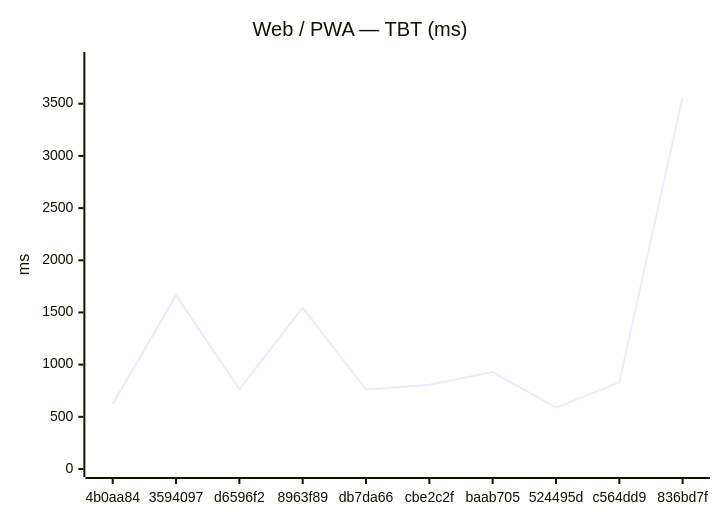
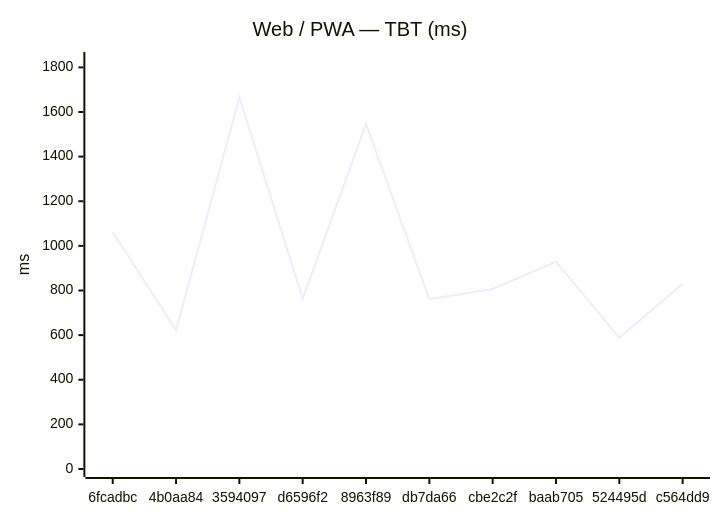
The second of 12 diagrams in benchmarks/compare.md (Metaheurist/Rianell), drawn with Mermaid before and after one commit. The commit also changed other lines of this file and 8 other files, not shown here.

````diff
--- a/benchmarks/compare.md
+++ b/benchmarks/compare.md
@@ -31,7 +31,7 @@
 ```mermaid
 xychart-beta
     title "Web / PWA — TBT (ms)"
-    x-axis ["4b0aa84", "3594097", "d6596f2", "8963f89", "db7da66", "cbe2c2f", "baab705", "524495d", "c564dd9", "836bd7f"]
-    y-axis "ms" 0 --> 3919
-    line [622, 1666, 764, 1546, 761, 807, 929, 588, 830, 3562]
+    x-axis ["6fcadbc", "4b0aa84", "3594097", "d6596f2", "8963f89", "db7da66", "cbe2c2f", "baab705", "524495d", "c564dd9"]
+    y-axis "ms" 0 --> 1833
+    line [1062, 622, 1666, 764, 1546, 761, 807, 929, 588, 830]
 ```
````
